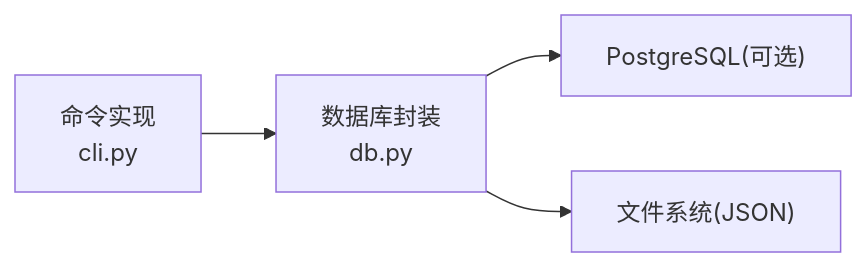
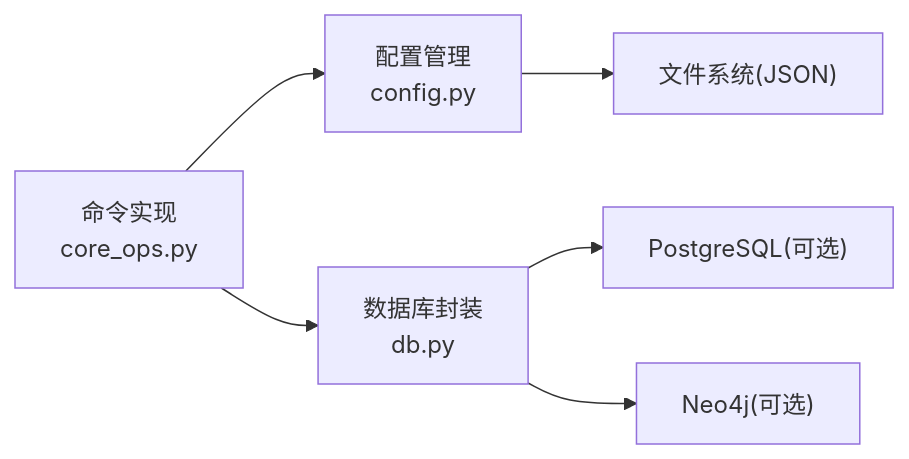
The third of 3 diagrams in .qoder/repowiki/zh/content/Python后端系统/CLI命令行接口/核心命令.md (1173591564/academic-based-qoder), drawn with Mermaid before and after one commit. The commit also changed other lines of this file and 75 other files, not shown here.

````diff
--- a/.qoder/repowiki/zh/content/Python后端系统/CLI命令行接口/核心命令.md
+++ b/.qoder/repowiki/zh/content/Python后端系统/CLI命令行接口/核心命令.md
@@ -255,6 +350,8 @@
 ```mermaid
 graph LR
-CLI["命令实现<br/>cli.py"] --> DB["数据库封装<br/>db.py"]
+CLI["命令实现<br/>core_ops.py"] --> CFG["配置管理<br/>config.py"]
+CLI --> DB["数据库封装<br/>db.py"]
+CFG --> FS["文件系统(JSON)"]
 DB --> PG["PostgreSQL(可选)"]
-DB --> FS["文件系统(JSON)"]
+DB --> N4J["Neo4j(可选)"]
 ```
````
